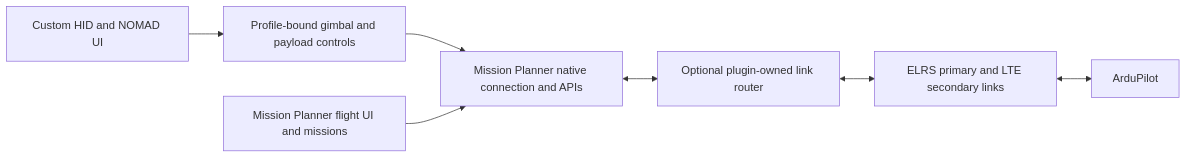
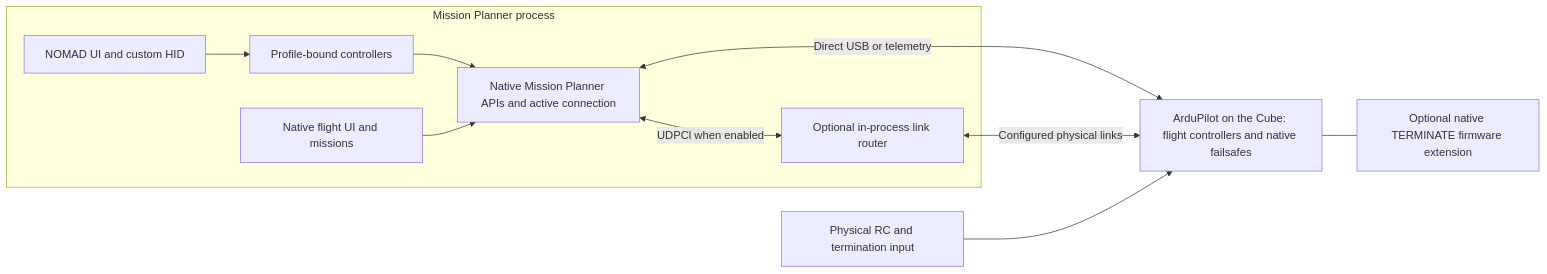
The diagram in docs/architecture.md (McGill-Aerial-Design/NOMAD), drawn with Mermaid before and after one commit. The commit also changed other lines of this file and 91 other files, not shown here.

First line of the commit message:
[firmware,release] Add native termination and qualified packages (#134)

````diff
--- a/docs/architecture.md
+++ b/docs/architecture.md
@@ -8,9 +6,13 @@
 ```mermaid
 flowchart LR
-  HID[Custom HID and NOMAD UI] --> Controls[Profile-bound gimbal and payload controls]
-  Controls --> MP[Mission Planner native connection and APIs]
-  Flight[Mission Planner flight UI and missions] --> MP
-  MP <--> Router[Optional plugin-owned link router]
-  Router <--> Links[ELRS primary and LTE secondary links]
-  Links <--> AP[ArduPilot]
+  subgraph Ground[Mission Planner process]
+    HID[NOMAD UI and custom HID] --> Controls[Profile-bound controllers]
+    Controls --> MP[Native Mission Planner APIs and active connection]
+    Flight[Native flight UI and missions] --> MP
+    MP <-->|UDPCl when enabled| Router[Optional in-process link router]
+  end
+  MP <-->|Direct USB or telemetry| AP[ArduPilot on the Cube: flight controllers and native failsafes]
+  Router <-->|Configured physical links| AP
+  RC[Physical RC and termination input] --> AP
+  AP --- Terminate[Optional native TERMINATE firmware extension]
 ```
````
